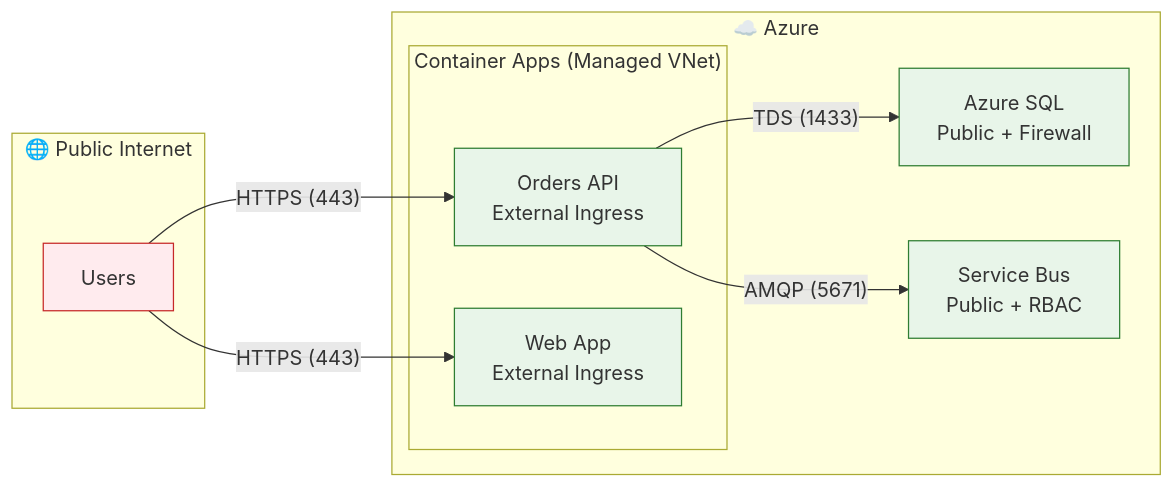
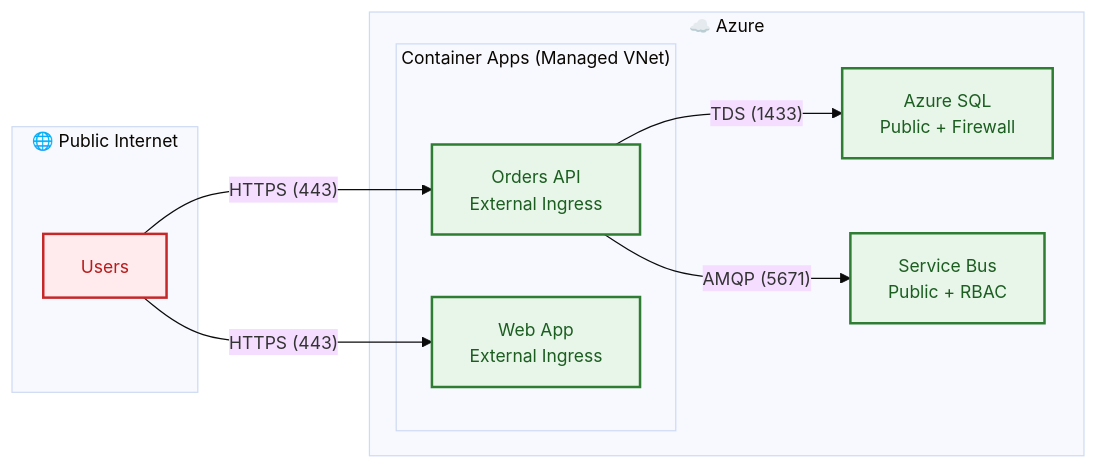
The third of 3 diagrams in docs/architecture/06-security-architecture.md (Evilazaro/Azure-LogicApps-Monitoring), drawn with Mermaid before and after one commit. The commit also changed other lines of this file, not shown here.

Commit message:
Enhance security architecture documentation with improved Mermaid diagram styles and accessibility features

````diff
--- a/docs/architecture/06-security-architecture.md
+++ b/docs/architecture/06-security-architecture.md
@@ -225,27 +235,29 @@
 ```mermaid
+%%{init: {'theme': 'base', 'themeVariables': { 'fontSize': '14px'}}}%%
 flowchart LR
     subgraph Internet["🌐 Public Internet"]
         Users["Users"]
     end
 
     subgraph Azure["☁️ Azure"]
         subgraph CAE["Container Apps (Managed VNet)"]
             API["Orders API<br/>External Ingress"]
             Web["Web App<br/>External Ingress"]
         end
         
         SQL["Azure SQL<br/>Public + Firewall"]
         SB["Service Bus<br/>Public + RBAC"]
     end
 
     Users -->|"HTTPS (443)"| API
     Users -->|"HTTPS (443)"| Web
     API -->|"TDS (1433)"| SQL
     API -->|"AMQP (5671)"| SB
 
-    classDef public fill:#ffebee,stroke:#c62828
-    classDef protected fill:#e8f5e9,stroke:#2e7d32
+    %% Accessible color palette for network zones
+    classDef public fill:#ffebee,stroke:#c62828,stroke-width:2px,color:#b71c1c
+    classDef protected fill:#e8f5e9,stroke:#2e7d32,stroke-width:2px,color:#1b5e20
 
     class Users public
     class API,Web,SQL,SB protected
 ```
````
